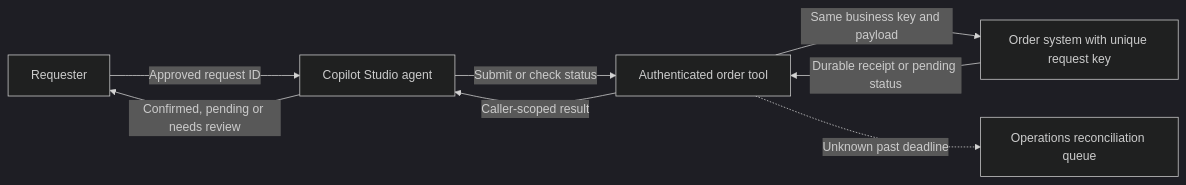
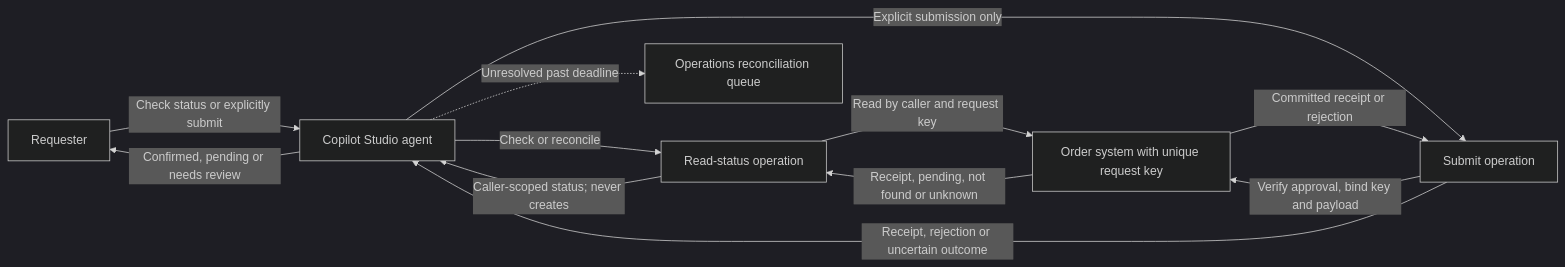
One commit to abhishek-ai-enabler/copilotstudio-architecture-patterns changed the first of 2 diagrams in technical-patterns/write-reconciliation.md. Above: the diagram before and after it, drawn with Mermaid (dark theme). The commit also changed other lines of this file and 14 other files, not shown here.

Commit message:
Require catalog-specific review evidence and correct two technical flows

````diff
--- a/technical-patterns/write-reconciliation.md
+++ b/technical-patterns/write-reconciliation.md
@@ -7,11 +7,15 @@
 ```mermaid
 flowchart LR
     accTitle: Resolve a lost receipt at the order system
-    U["Requester"] -->|"Approved request ID"| A["Copilot Studio agent"]
-    A -->|"Submit or check status"| C["Authenticated order tool"]
-    C -->|"Same business key and payload"| S["Order system with unique request key"]
-    S -->|"Durable receipt or pending status"| C
-    C -->|"Caller-scoped result"| A
+    U["Requester"] -->|"Check status or explicitly submit"| A["Copilot Studio agent"]
+    A -->|"Check or reconcile"| Q["Read-status operation"]
+    A -->|"Explicit submission only"| C["Submit operation"]
+    Q -->|"Read by caller and request key"| S["Order system with unique request key"]
+    C -->|"Verify approval, bind key and payload"| S
+    S -->|"Receipt, pending, not found or unknown"| Q
+    S -->|"Committed receipt or rejection"| C
+    Q -->|"Caller-scoped status; never creates"| A
+    C -->|"Receipt, rejection or uncertain outcome"| A
     A -->|"Confirmed, pending or needs review"| U
-    C -.->|"Unknown past deadline"| H["Operations reconciliation queue"]
+    A -.->|"Unresolved past deadline"| H["Operations reconciliation queue"]
 ```
````
